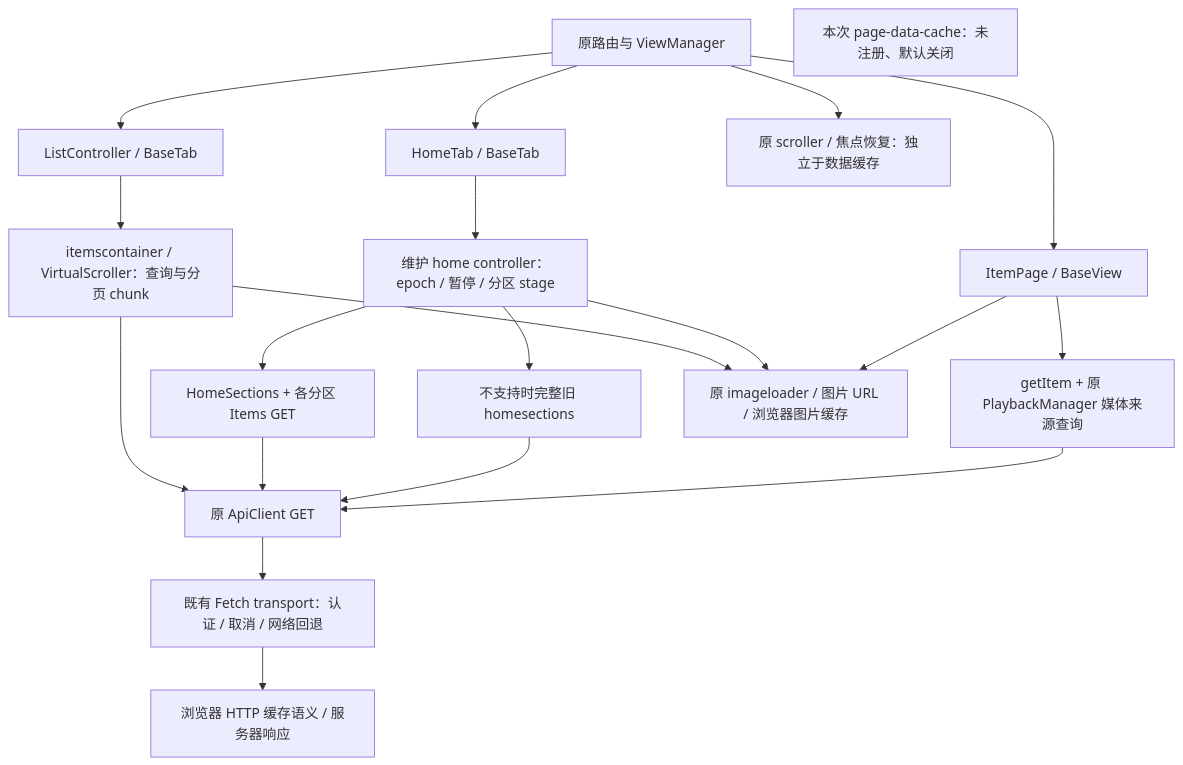
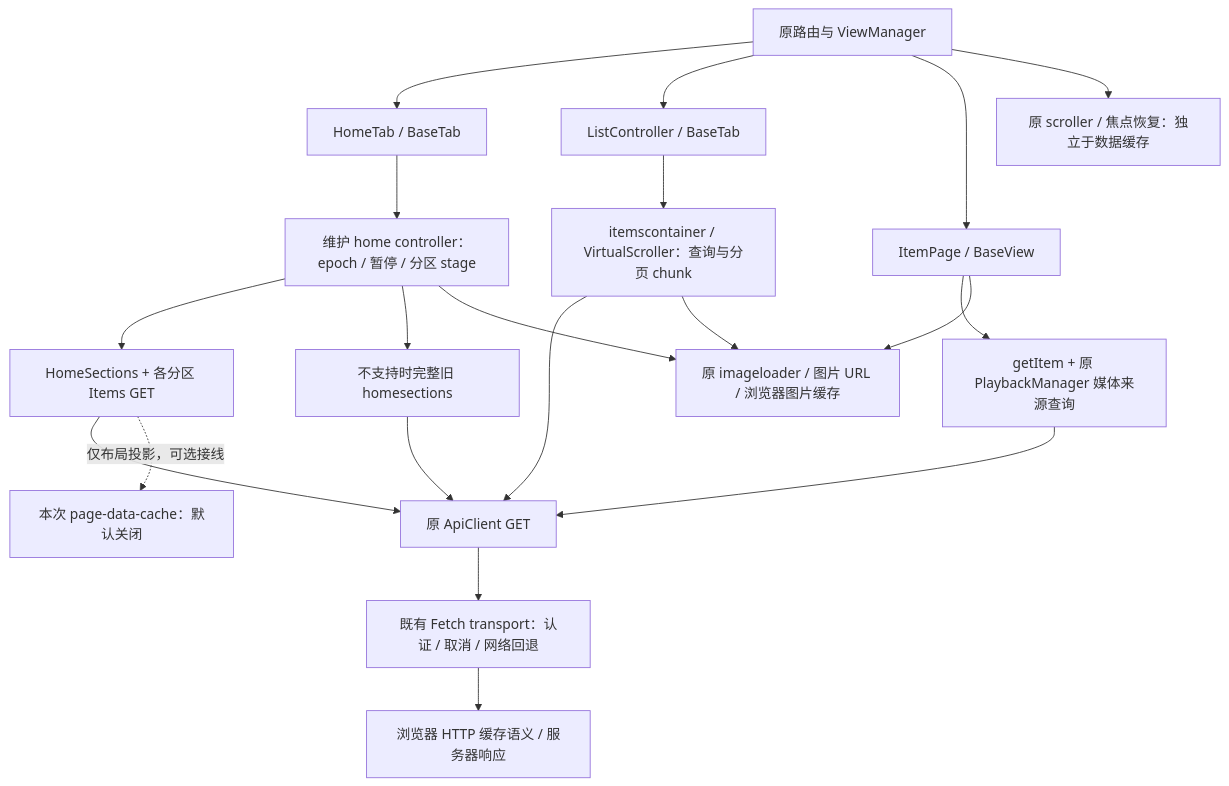
One commit to hope140/EmbyTheaterEnhanced changed the diagram in docs/PAGE_DATA_CACHE.md. Above: the diagram before and after it, drawn with Mermaid. The commit also changed other lines of this file and 10 other files, not shown here.

Commit message:
Wire opt-in home layout cache to page and identity lifecycles

````diff
--- a/docs/PAGE_DATA_CACHE.md
+++ b/docs/PAGE_DATA_CACHE.md
@@ -9,22 +9,23 @@
 ```mermaid
 flowchart TD
     N[原路由与 ViewManager] --> H[HomeTab / BaseTab]
     N --> L[ListController / BaseTab]
     N --> D[ItemPage / BaseView]
     H --> HC[维护 home controller：epoch / 暂停 / 分区 stage]
     HC --> HS[HomeSections + 各分区 Items GET]
     HC --> HF[不支持时完整旧 homesections]
     L --> V[itemscontainer / VirtualScroller：查询与分页 chunk]
     V --> Q[原 ApiClient GET]
     D --> I[getItem + 原 PlaybackManager 媒体来源查询]
     HS --> Q
     HF --> Q
     I --> Q
     Q --> T[既有 Fetch transport：认证 / 取消 / 网络回退]
     T --> B[浏览器 HTTP 缓存语义 / 服务器响应]
     N --> S[原 scroller / 焦点恢复：独立于数据缓存]
     V --> IMG[原 imageloader / 图片 URL / 浏览器图片缓存]
     HC --> IMG
     D --> IMG
-    X[本次 page-data-cache：未注册、默认关闭]
+    X[本次 page-data-cache：默认关闭]
+    HS -. 仅布局投影，可选接线 .-> X
 ```
````
